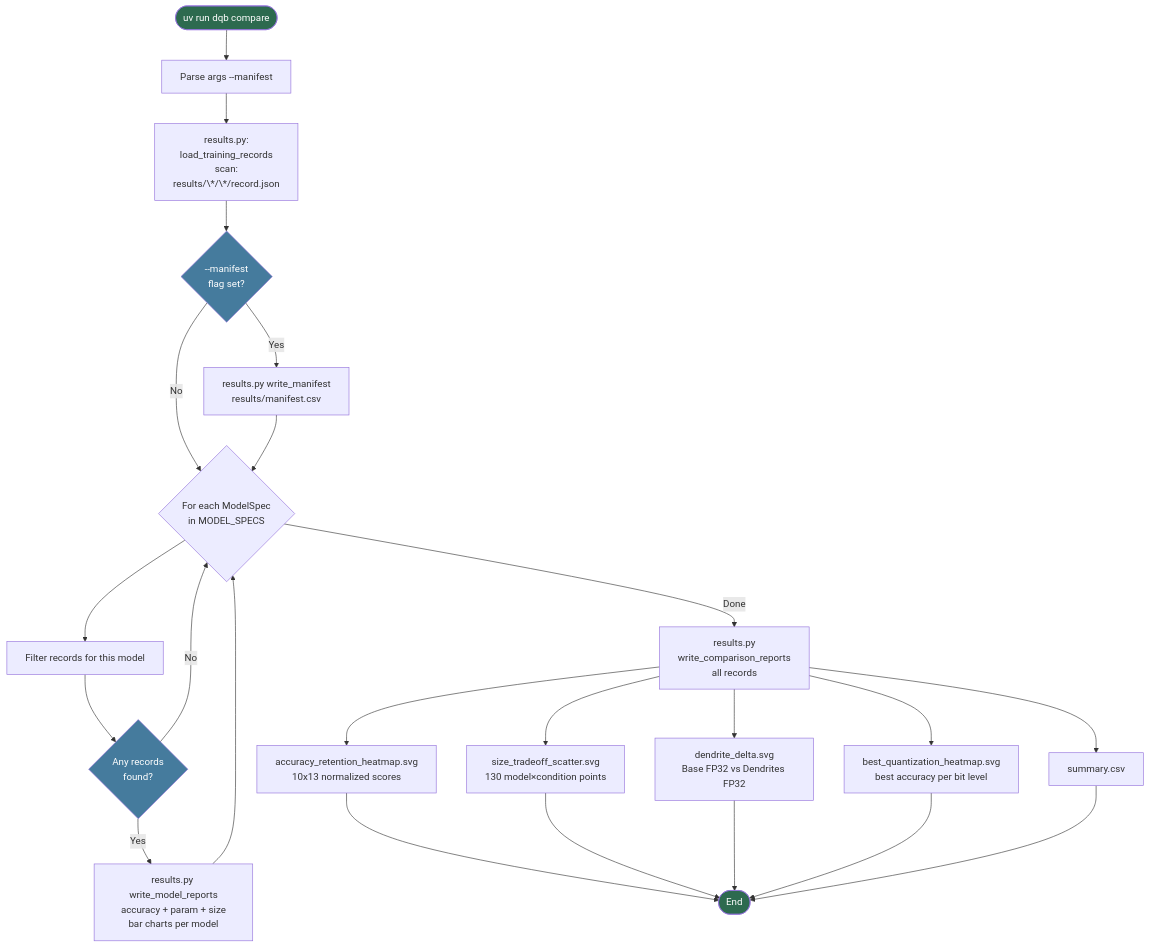
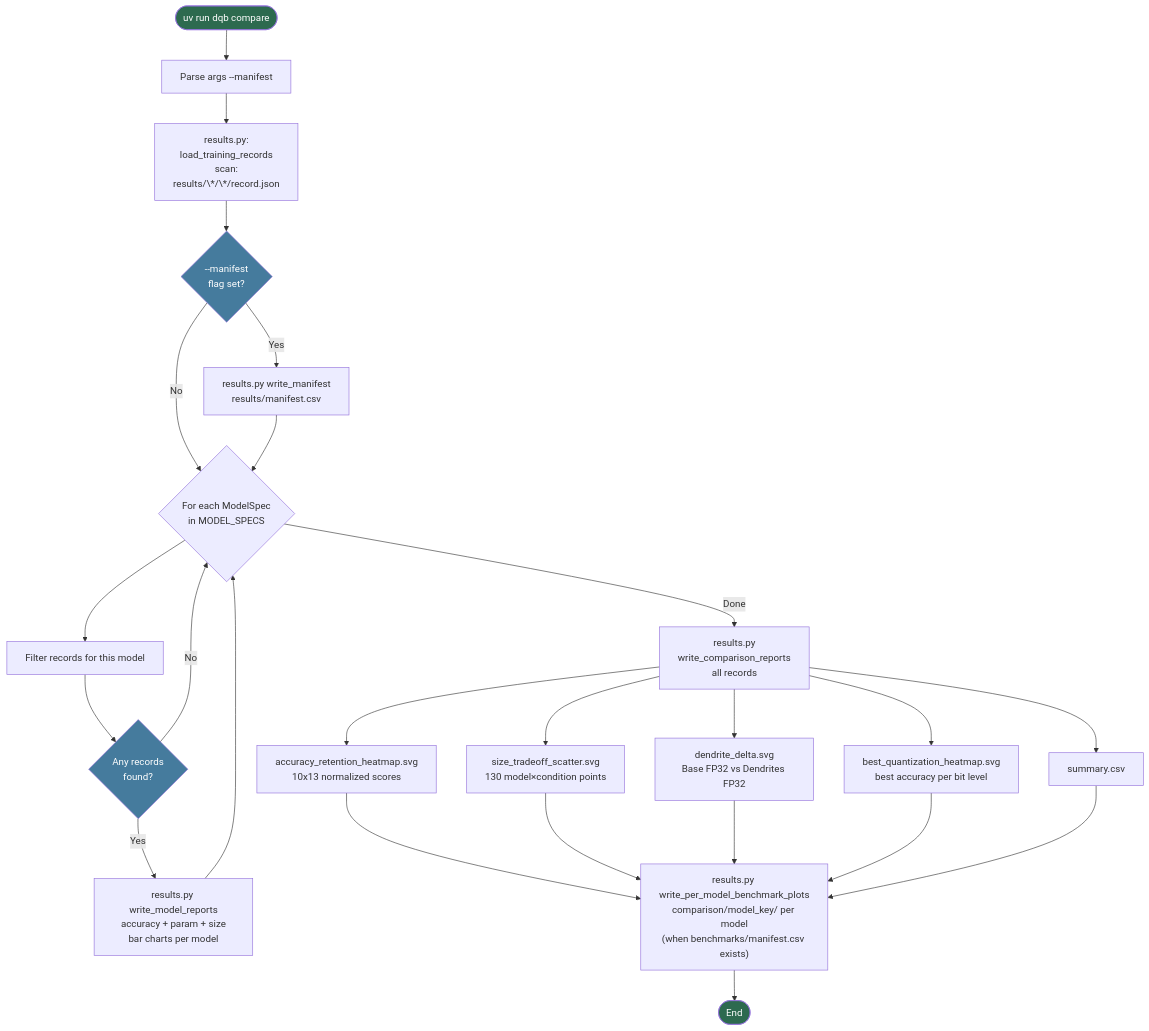
Before and after one commit to VG-Fish/PerforatedAI-Quantization-Experiment: the fourth of 7 diagrams in information/CLI_DIAGRAMS.md, drawn with Mermaid. The commit also changed other lines of this file and 5 other files, not shown here.

Commit message:
made benchmark tool create separate model subdirectories now

````diff
--- a/information/CLI_DIAGRAMS.md
+++ b/information/CLI_DIAGRAMS.md
@@ -168,26 +168,27 @@
 ```mermaid
 flowchart TD
     A([uv run dqb compare]) --> B["Parse args --manifest"]
     B --> C["results.py:<br>load_training_records<br>scan:<br>results/\*/\*/record.json"]
     C --> D{"--manifest<br>flag set?"}
     D -->|Yes| E["results.py write_manifest<br>results/manifest.csv"]
     D -->|No| F{"For each ModelSpec<br>in MODEL_SPECS"}
     E --> F
     F --> G["Filter records for this model"]
     G --> H{"Any records<br>found?"}
     H -->|Yes| I["results.py write_model_reports<br>accuracy + param + size<br>bar charts per model"]
     H -->|No| F
     I --> F
     F -->|Done| J["results.py<br>write_comparison_reports<br>all records"]
     J --> K["accuracy_retention_heatmap.svg<br>10x13 normalized scores"]
     J --> L["size_tradeoff_scatter.svg<br>130 model×condition points"]
     J --> M["dendrite_delta.svg<br>Base FP32 vs Dendrites FP32"]
     J --> N["best_quantization_heatmap.svg<br>best accuracy per bit level"]
     J --> O[summary.csv]
-    K & L & M & N & O --> ZZ([End])
+    K & L & M & N & O --> P["results.py write_per_model_benchmark_plots<br>comparison/model_key/ per model<br>(when benchmarks/manifest.csv exists)"]
+    P --> ZZ([End])
 
     style A fill:#2d6a4f,color:#fff
     style ZZ fill:#2d6a4f,color:#fff
     style D fill:#457b9d,color:#fff
     style H fill:#457b9d,color:#fff
 ```
````
